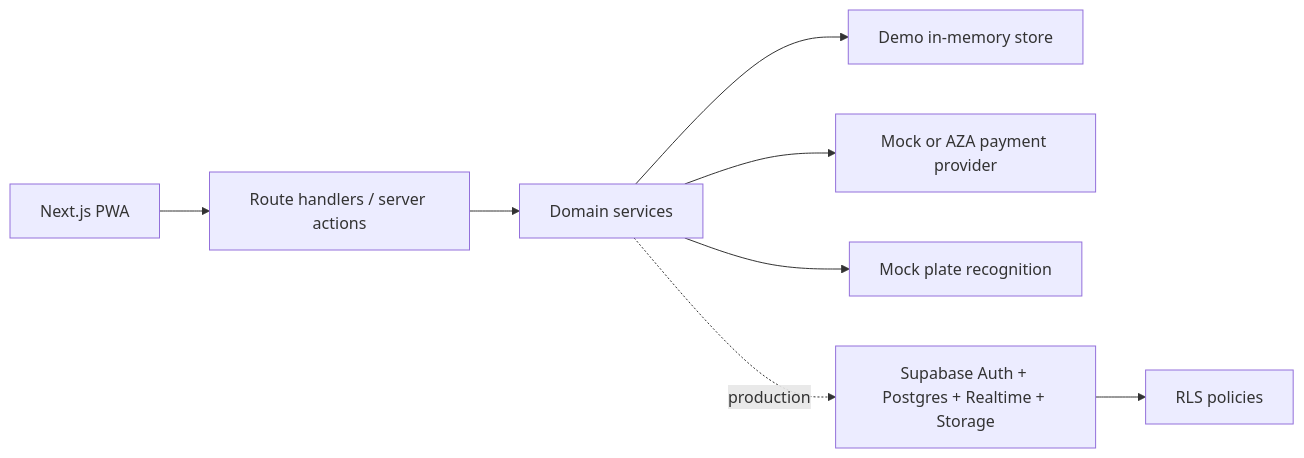
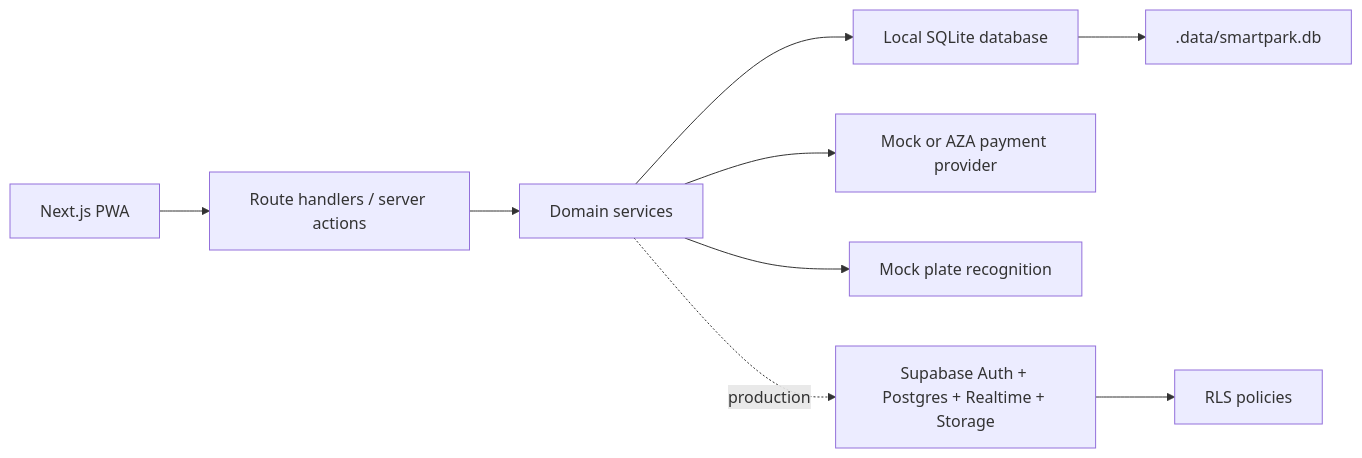
One commit to Kankson/SmartPark changed the first of 4 diagrams in README.md. Above: the diagram before and after it, drawn with Mermaid. The commit also changed other lines of this file, not shown here.

First line of the commit message:
docs: document the web flow and the local backend

````diff
--- a/README.md
+++ b/README.md
@@ -16,10 +16,11 @@
 ```mermaid
 flowchart LR
   Browser["Next.js PWA"] --> Routes["Route handlers / server actions"]
   Routes --> Services["Domain services"]
-  Services --> Store["Demo in-memory store"]
+  Services --> Store["Local SQLite database"]
   Services --> Pay["Mock or AZA payment provider"]
   Services --> MockPlate["Mock plate recognition"]
+  Store --> File[".data/smartpark.db"]
   Services -. production .-> Supabase["Supabase Auth + Postgres + Realtime + Storage"]
   Supabase --> RLS["RLS policies"]
 ```
````
